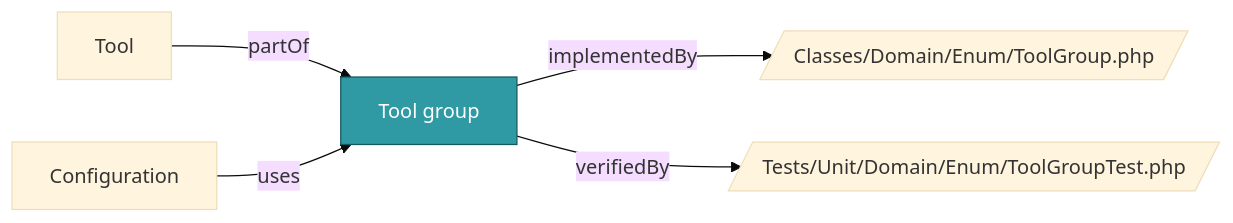
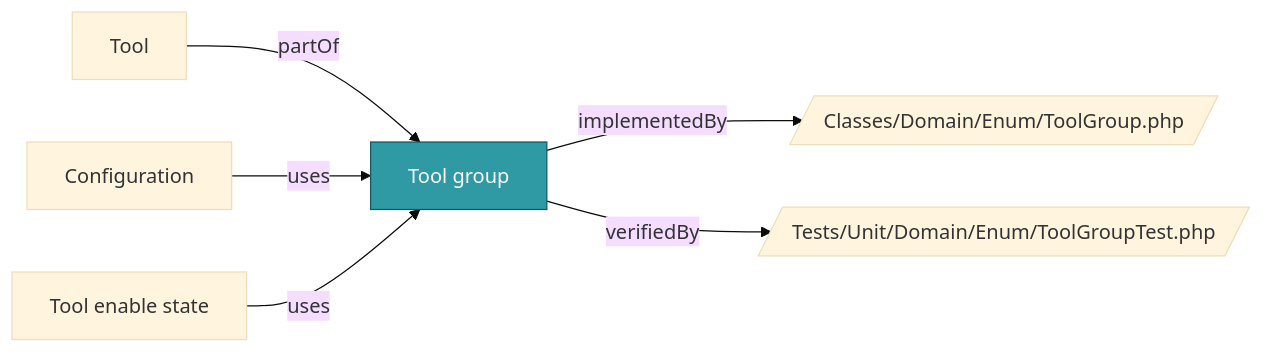
One commit to netresearch/t3x-nr-llm changed the diagram in docs/ontology/concepts/tool-group.md. Above: the diagram before and after it, drawn with Mermaid (base theme). The commit also changed 25 other files, not shown here.

First line of the commit message:
docs: model tool enable state, skill tool limits and missing API parts

````diff
--- a/docs/ontology/concepts/tool-group.md
+++ b/docs/ontology/concepts/tool-group.md
@@ -19,14 +19,16 @@
 ```mermaid
 flowchart LR
   c["Tool group"]
   n1[/"Classes/Domain/Enum/ToolGroup.php"/]
   n2[/"Tests/Unit/Domain/Enum/ToolGroupTest.php"/]
   n3["Tool"]
   n4["Configuration"]
+  n5["Tool enable state"]
   c -->|"implementedBy"| n1
   c -->|"verifiedBy"| n2
   n3 -->|"partOf"| c
   n4 -->|"uses"| c
+  n5 -->|"uses"| c
   classDef focus fill:#2F99A4,stroke:#15585E,color:#ffffff
   class c focus
 ```
````
